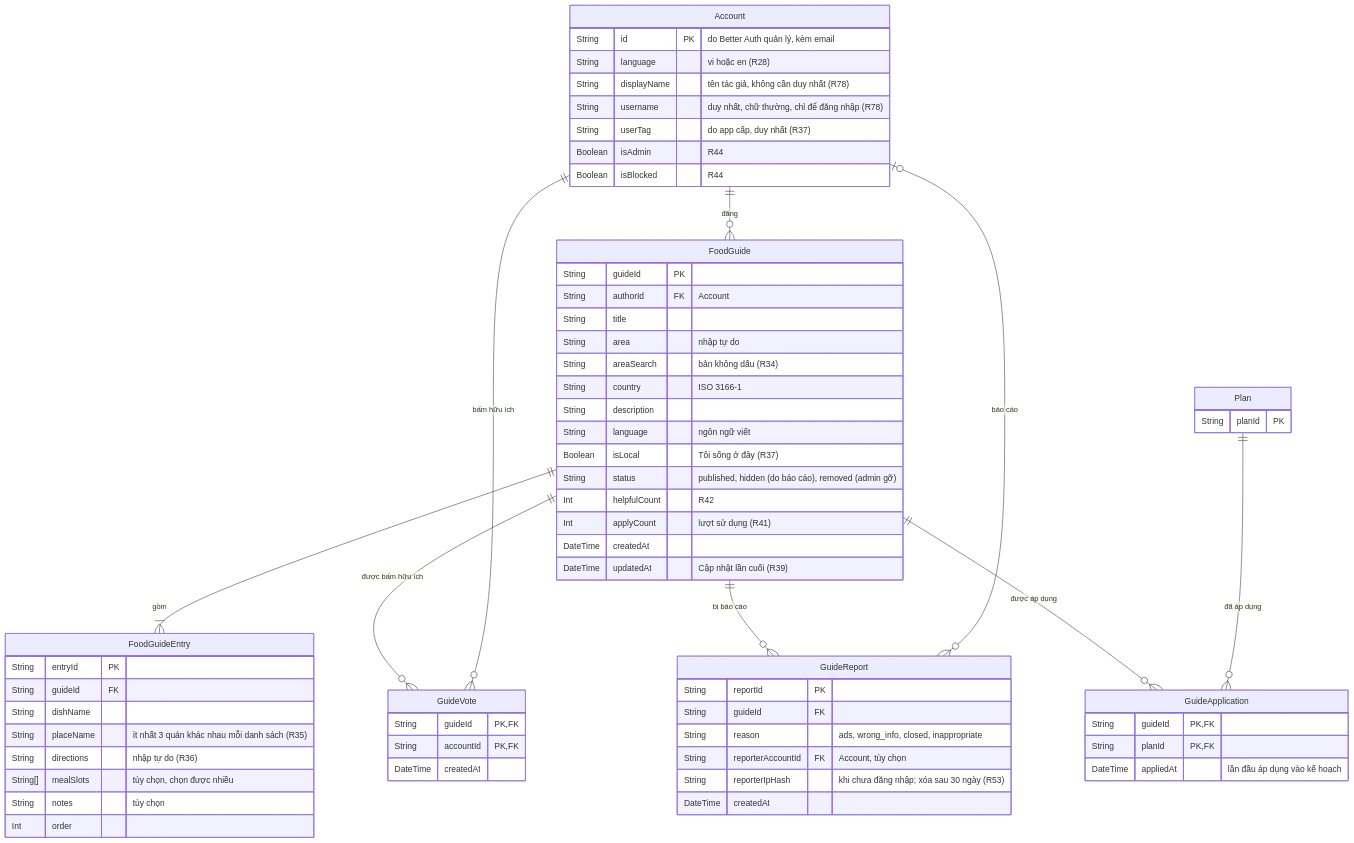
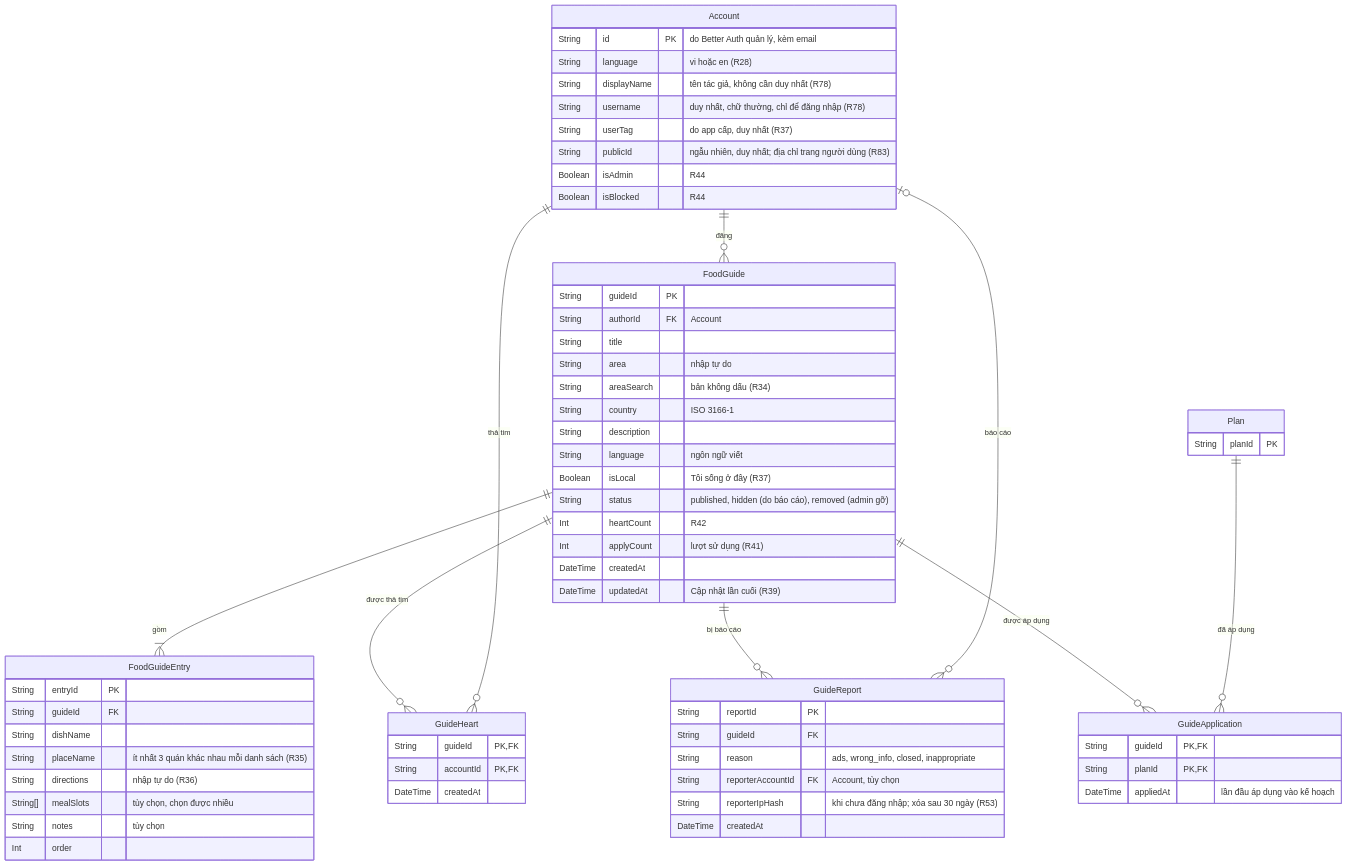
The diagram in docs/data-model/02-goi-y-quan-an.md (NguyenNTStudy/My_GoSplit), drawn with Mermaid before and after one commit. The commit also changed 19 other files, not shown here.

````diff
--- a/docs/data-model/02-goi-y-quan-an.md
+++ b/docs/data-model/02-goi-y-quan-an.md
@@ -5,74 +5,75 @@
 ```mermaid
 erDiagram
   Account ||--o{ FoodGuide : "đăng"
   FoodGuide ||--|{ FoodGuideEntry : "gồm"
-  FoodGuide ||--o{ GuideVote : "được bấm hữu ích"
-  Account ||--o{ GuideVote : "bấm hữu ích"
+  FoodGuide ||--o{ GuideHeart : "được thả tim"
+  Account ||--o{ GuideHeart : "thả tim"
   FoodGuide ||--o{ GuideReport : "bị báo cáo"
   Account |o--o{ GuideReport : "báo cáo"
   FoodGuide ||--o{ GuideApplication : "được áp dụng"
   Plan ||--o{ GuideApplication : "đã áp dụng"
 
   Account {
     String id PK "do Better Auth quản lý, kèm email"
     String language "vi hoặc en (R28)"
     String displayName "tên tác giả, không cần duy nhất (R78)"
     String username "duy nhất, chữ thường, chỉ để đăng nhập (R78)"
     String userTag "do app cấp, duy nhất (R37)"
+    String publicId "ngẫu nhiên, duy nhất; địa chỉ trang người dùng (R83)"
     Boolean isAdmin "R44"
     Boolean isBlocked "R44"
   }
 
   FoodGuide {
     String guideId PK
     String authorId FK "Account"
     String title
     String area "nhập tự do"
     String areaSearch "bản không dấu (R34)"
     String country "ISO 3166-1"
     String description
     String language "ngôn ngữ viết"
     Boolean isLocal "Tôi sống ở đây (R37)"
     String status "published, hidden (do báo cáo), removed (admin gỡ)"
-    Int helpfulCount "R42"
+    Int heartCount "R42"
     Int applyCount "lượt sử dụng (R41)"
     DateTime createdAt
     DateTime updatedAt "Cập nhật lần cuối (R39)"
   }
 
   FoodGuideEntry {
     String entryId PK
     String guideId FK
     String dishName
     String placeName "ít nhất 3 quán khác nhau mỗi danh sách (R35)"
     String directions "nhập tự do (R36)"
     String[] mealSlots "tùy chọn, chọn được nhiều"
     String notes "tùy chọn"
     Int order
   }
 
-  GuideVote {
+  GuideHeart {
     String guideId PK, FK
     String accountId PK, FK
     DateTime createdAt
   }
 
   GuideReport {
     String reportId PK
     String guideId FK
     String reason "ads, wrong_info, closed, inappropriate"
     String reporterAccountId FK "Account, tùy chọn"
     String reporterIpHash "khi chưa đăng nhập; xóa sau 30 ngày (R53)"
     DateTime createdAt
   }
 
   GuideApplication {
     String guideId PK, FK
     String planId PK, FK
     DateTime appliedAt "lần đầu áp dụng vào kế hoạch"
   }
 
   Plan {
     String planId PK
   }
 ```
````
